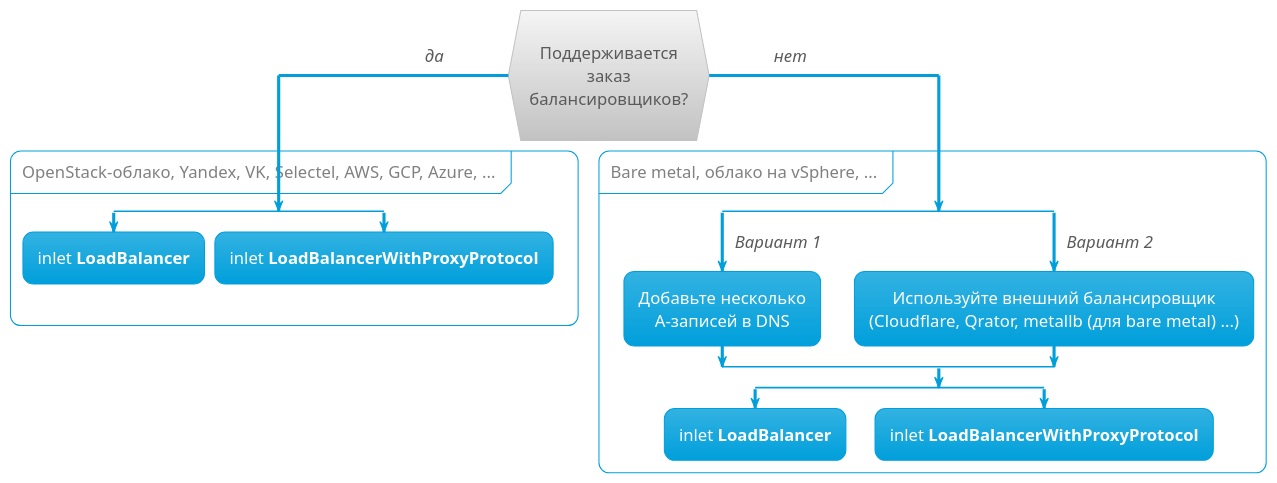
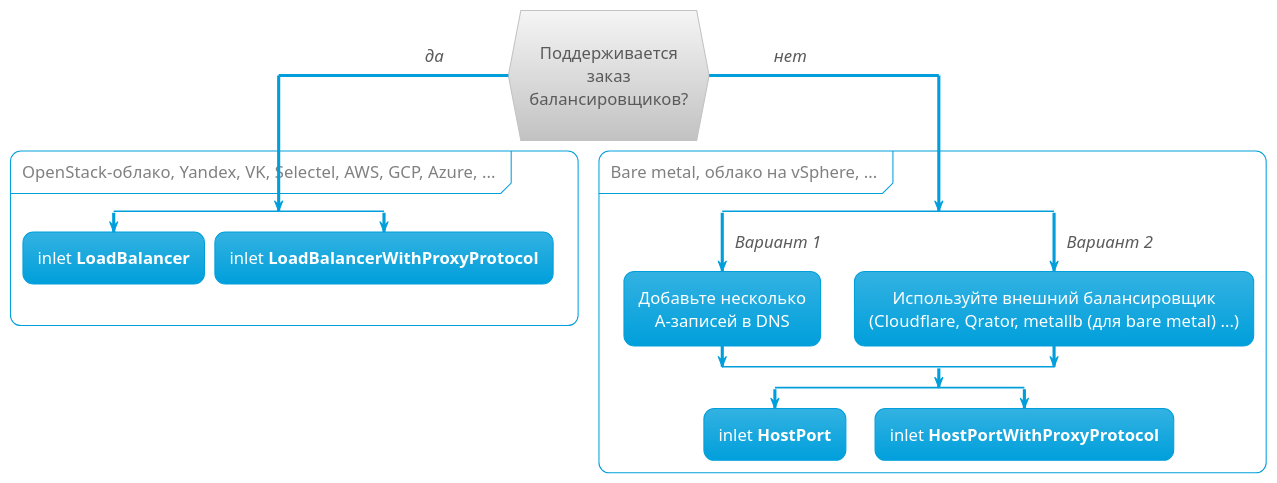
One commit to deckhouse/deckhouse changed the diagram in docs/site/pages/guides/ingress-inlet-ru.puml. Above: the diagram before and after it, drawn with PlantUML. The commit also changed 3 other files, not shown here.

```diff
--- a/docs/site/pages/guides/ingress-inlet-ru.puml
+++ b/docs/site/pages/guides/ingress-inlet-ru.puml
@@ -1,41 +1,41 @@
 @startuml
 
 !theme bluegray
 skinparam DefaultFontSize 16
 skinparam handwritten false
 skinparam ArrowFontStyle italic
 skinparam DefaultTextAlignment center
 skinparam PartitionFontColor grey
 skinparam backgroundColor transparent
 
 
 if (\nПоддерживается\nзаказ\nбалансировщиков?\n) then (да             )
 partition OpenStack-облако, Yandex, VK, Selectel, AWS, GCP, Azure, ... {
   split
     :inlet **LoadBalancer**;
      kill
   split again
     :inlet **LoadBalancerWithProxyProtocol**;
     kill
   end split
   }
 else (             нет)
 partition Bare metal, облако на vSphere, ...{
   split
     ->Вариант 1;
     :Добавьте несколько\nА-записей в DNS;
   split again
     ->Вариант 2;
     :Используйте внешний балансировщик
     (Cloudflare, Qrator, metallb (для bare metal) ...);
   end split
   split
-     :inlet **LoadBalancer**;
+     :inlet **HostPort**;
      kill
   split again
-    :inlet **LoadBalancerWithProxyProtocol**;
+    :inlet **HostPortWithProxyProtocol**;
     kill
   end split
   }
 endif
 @enduml
```
